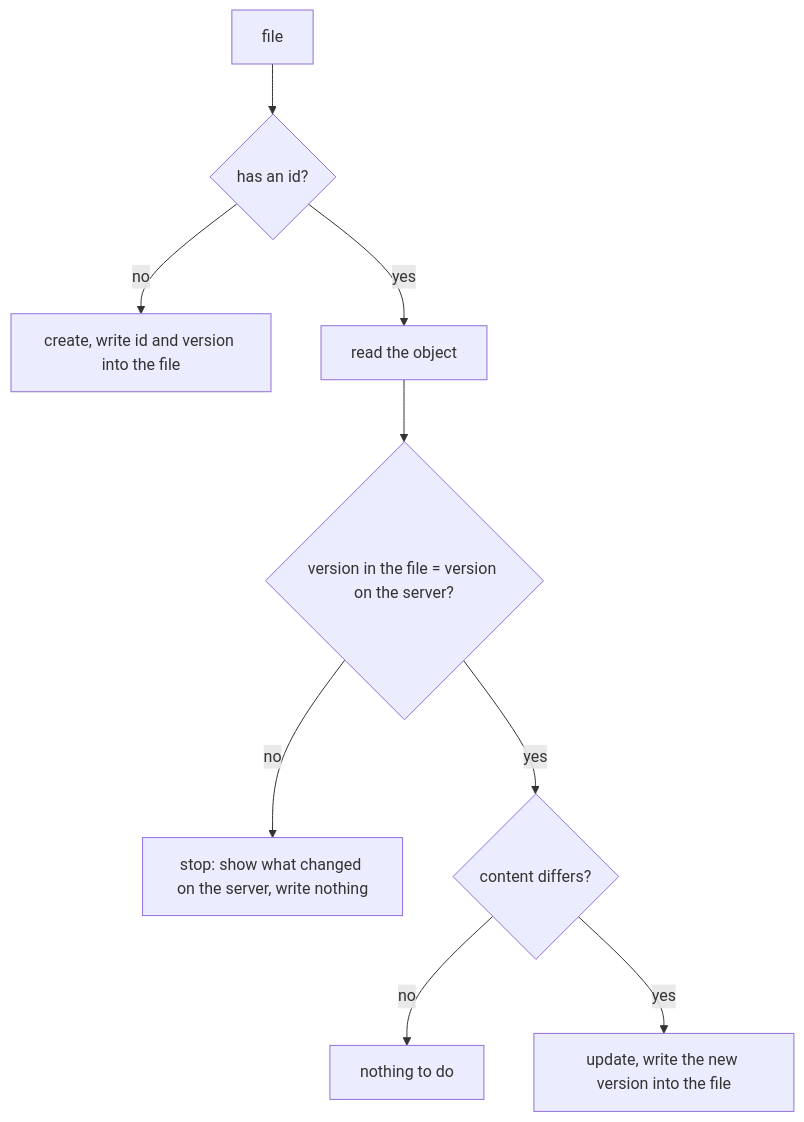
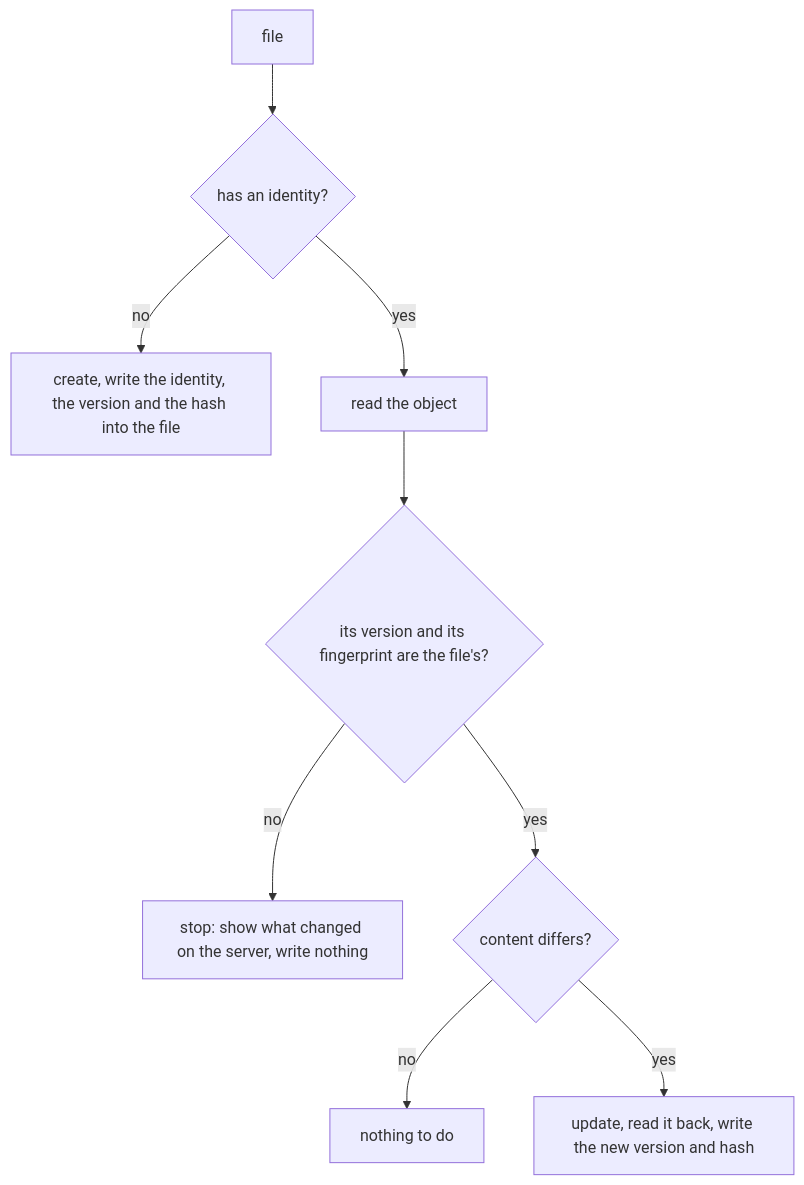
One commit to bim-ba/ycli changed the diagram in docs/design/files-in-git.md. Above: the diagram before and after it, drawn with Mermaid. The commit also changed other lines of this file and 19 other files, not shown here.

````diff
--- a/docs/design/files-in-git.md
+++ b/docs/design/files-in-git.md
@@ -142,11 +266,11 @@
 ```mermaid
 flowchart TD
-    F[file] --> L{has an id?}
-    L -- no --> C[create, write id and version into the file]
+    F[file] --> L{has an identity?}
+    L -- no --> C[create, write the identity, the version and the hash into the file]
     L -- yes --> R[read the object]
-    R --> V{version in the file = version on the server?}
+    R --> V{its version and its fingerprint are the file's?}
     V -- no --> S[stop: show what changed on the server, write nothing]
     V -- yes --> D{content differs?}
     D -- no --> N[nothing to do]
-    D -- yes --> U[update, write the new version into the file]
+    D -- yes --> U[update, read it back, write the new version and hash]
 ```
````
